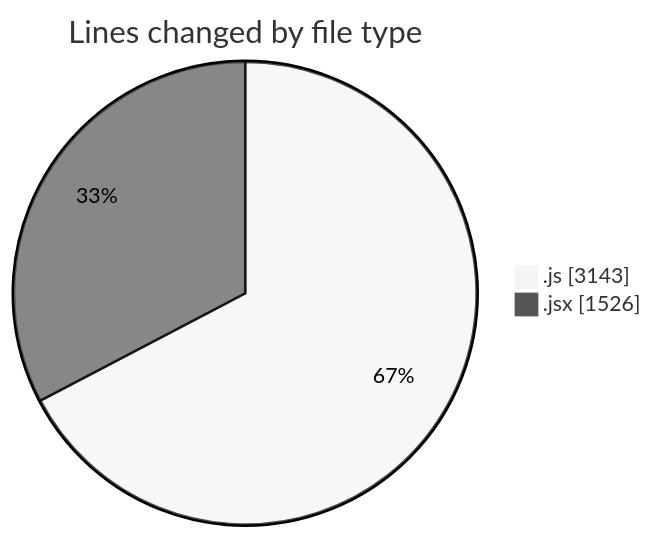
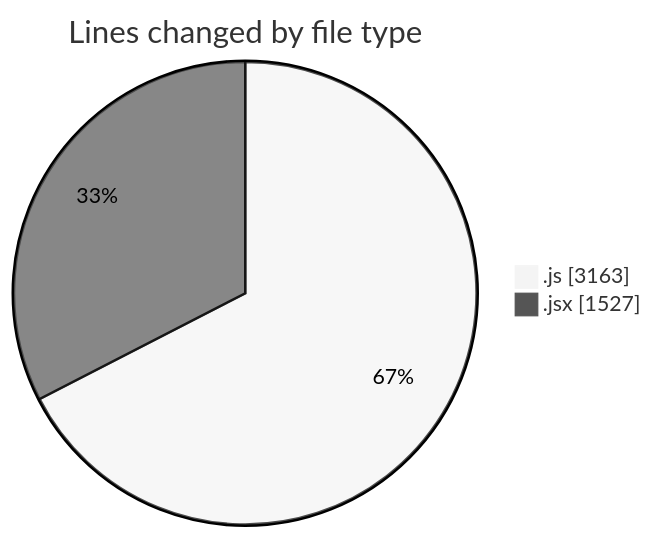
The first of 2 diagrams in 2025-08-13/nxtqube_webapp/README.md (nxtqubesakshisongat/code-tracking), drawn with Mermaid (neutral theme) before and after one commit. The commit also changed other lines of this file and 1 other file, not shown here.

````diff
--- a/2025-08-13/nxtqube_webapp/README.md
+++ b/2025-08-13/nxtqube_webapp/README.md
@@ -23,6 +23,6 @@
 ```mermaid
 pie showData
 title Lines changed by file type
-".js" : 3143
-".jsx" : 1526
+".js" : 3163
+".jsx" : 1527
 ```
````
